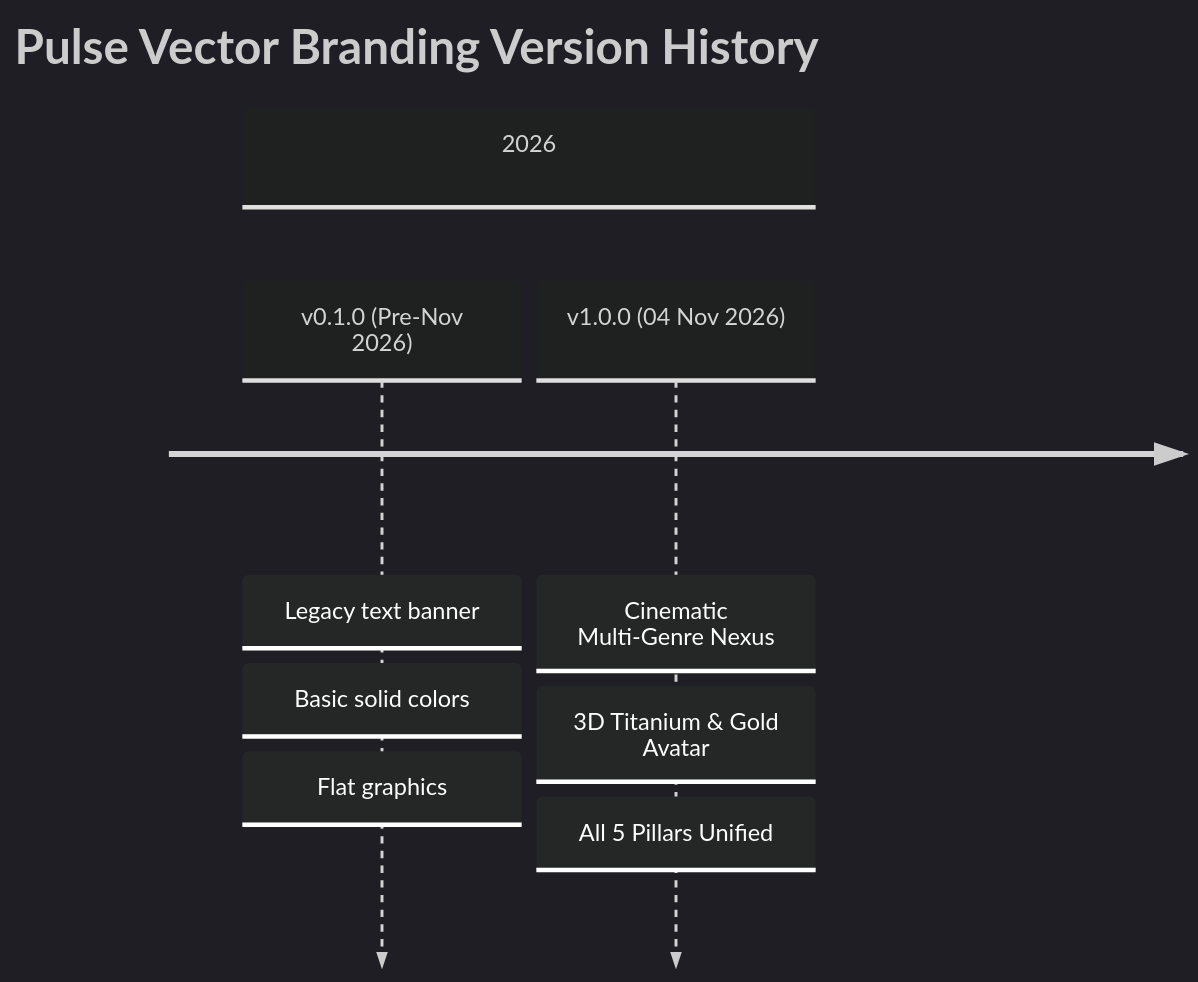
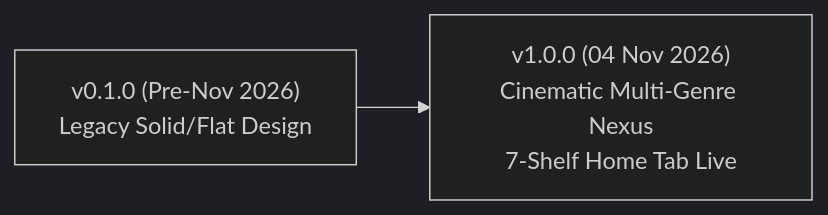
One commit to tiwari17aditya/pulsevector changed the diagram in channel_branding/branding_ledger.md. Above: the diagram before and after it, drawn with Mermaid (dark theme). The commit also changed other lines of this file and 3 other files, not shown here.

Commit message:
feat(branding): automate YouTube Home Tab 7-shelf layout and update branding ledger

````diff
--- a/channel_branding/branding_ledger.md
+++ b/channel_branding/branding_ledger.md
@@ -32,7 +49,4 @@
 ```mermaid
-timeline
-    title Pulse Vector Branding Version History
-    section 2026
-        v0.1.0 (Pre-Nov 2026) : Legacy text banner : Basic solid colors : Flat graphics
-        v1.0.0 (04 Nov 2026) : Cinematic Multi-Genre Nexus : 3D Titanium & Gold Avatar : All 5 Pillars Unified
+flowchart LR
+    A["v0.1.0 (Pre-Nov 2026)<br/>Legacy Solid/Flat Design"] --> B["v1.0.0 (04 Nov 2026)<br/>Cinematic Multi-Genre Nexus<br/>7-Shelf Home Tab Live"]
 ```
````
